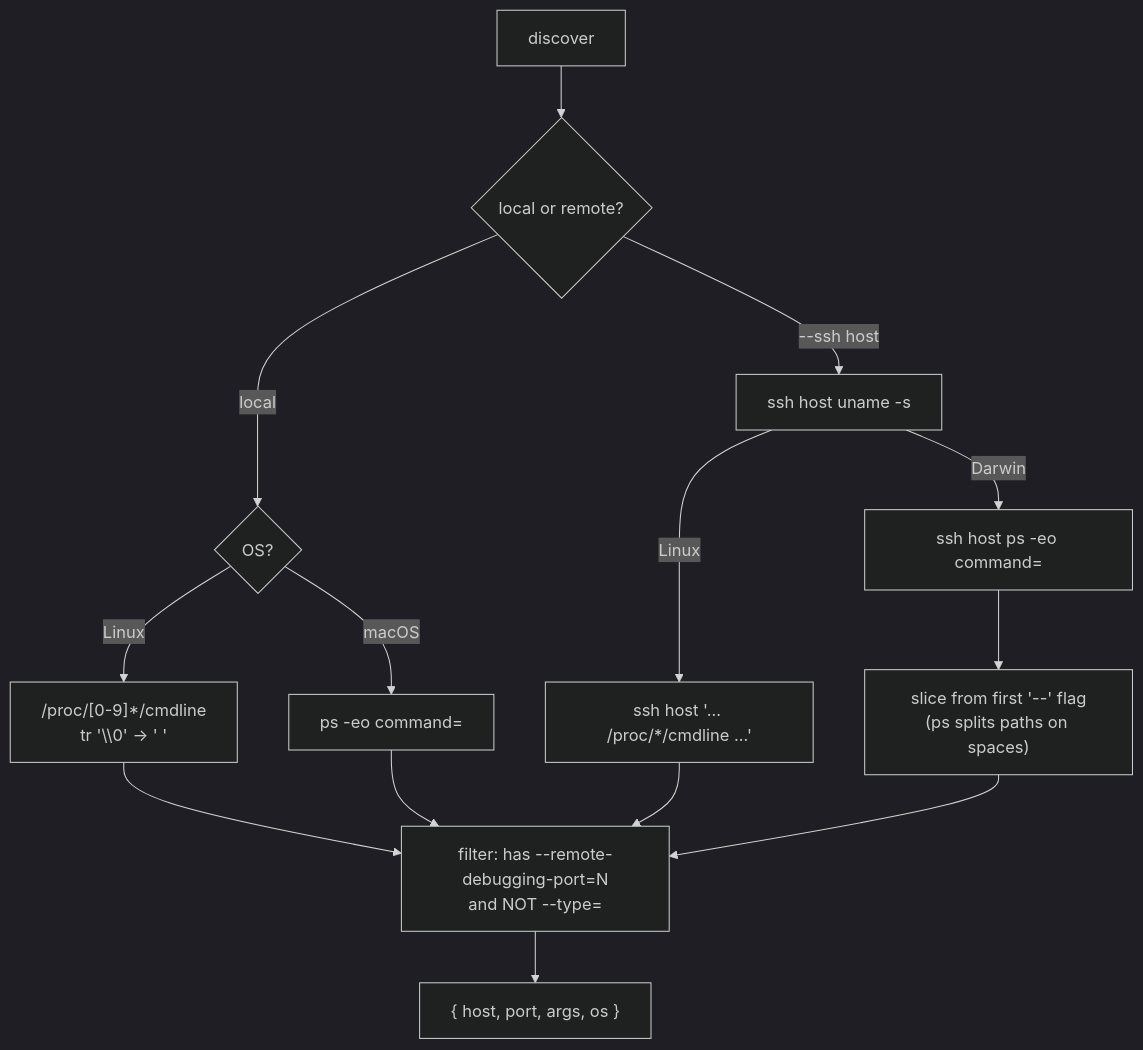
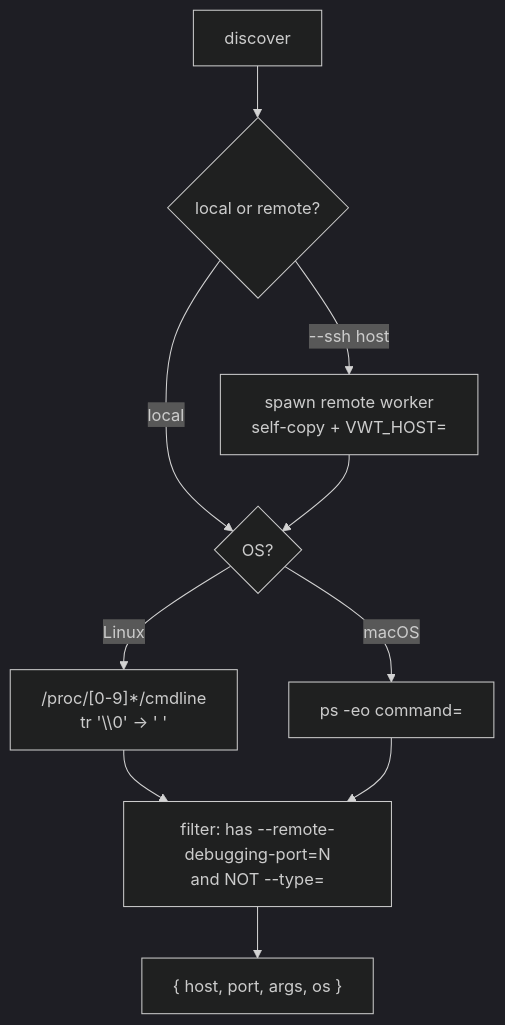
One commit to lamnguyenx/vscode-cdp-automator changed the second of 4 diagrams in docs/important/window-identification-and-launch-badge.md. Above: the diagram before and after it, drawn with Mermaid. The commit also changed other lines of this file and 3 other files, not shown here.

First line of the commit message:
Replace SSH port forwarding with on-remote worker execution

````diff
--- a/docs/important/window-identification-and-launch-badge.md
+++ b/docs/important/window-identification-and-launch-badge.md
@@ -117,17 +117,13 @@
 ```mermaid
 flowchart TD
     %%{init: {'theme': 'dark'}}%%
     A[discover] --> B{local or remote?}
     B -->|local| C{OS?}
     C -->|Linux| D["/proc/[0-9]*/cmdline<br/>tr '\\0' → ' '"]
     C -->|macOS| E["ps -eo command="]
-    B -->|--ssh host| F["ssh host uname -s"]
-    F -->|Linux| G["ssh host '… /proc/*/cmdline …'"]
-    F -->|Darwin| H["ssh host ps -eo command="]
+    B -->|--ssh host| F["spawn remote worker<br/>self-copy + VWT_HOST=<host>"]
+    F --> C
     D --> I["filter: has --remote-debugging-port=N<br/>and NOT --type="]
     E --> I
-    G --> I
-    H --> J["slice from first '--' flag<br/>(ps splits paths on spaces)"]
-    J --> I
     I --> K["{ host, port, args, os }"]
 ```
````
